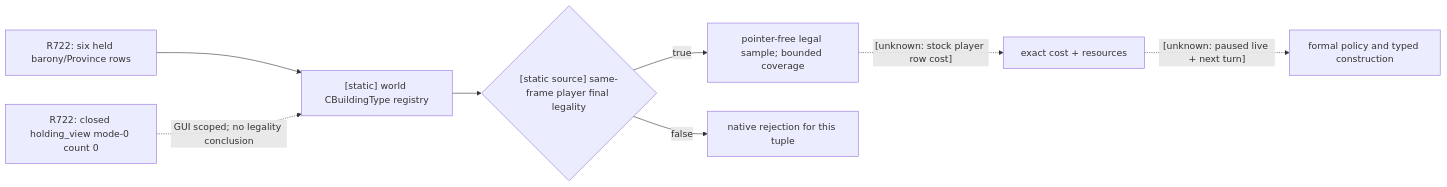
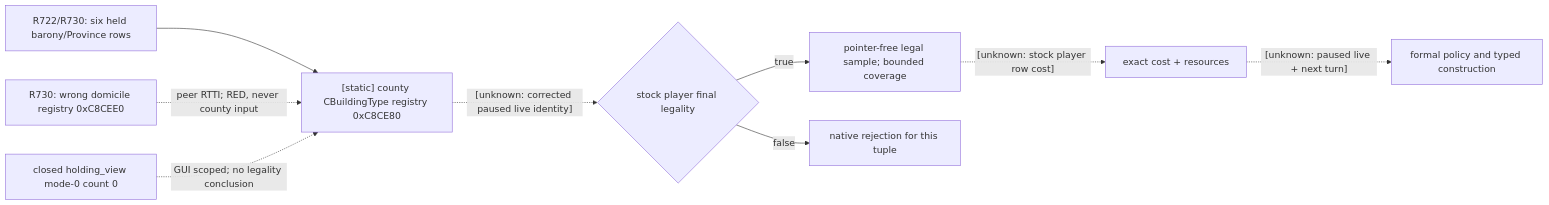
The first of 2 diagrams in docs/ck3-native-ai/domain-construction-ai.md (XenoAmess/ck3_eternal_recurrence), drawn with Mermaid before and after one commit. The commit also changed other lines of this file and 7 other files, not shown here.

Commit message:
G2-M4-R730-VTABLE-B0 use stock county building definition registry

````diff
--- a/docs/ck3-native-ai/domain-construction-ai.md
+++ b/docs/ck3-native-ai/domain-construction-ai.md
@@ -174,10 +186,11 @@
 ```mermaid
 flowchart LR
-    H["R722: six held barony/Province rows"] --> W["[static] world CBuildingType registry"]
-    Z["R722: closed holding_view mode-0 count 0"] -. "GUI scoped; no legality conclusion" .-> W
-    W --> L{"[static source] same-frame player final legality"}
+    H["R722/R730: six held barony/Province rows"] --> W["[static] county CBuildingType registry 0xC8CE80"]
+    D["R730: wrong domicile registry 0xC8CEE0"] -. "peer RTTI; RED, never county input" .-> W
+    Z["closed holding_view mode-0 count 0"] -. "GUI scoped; no legality conclusion" .-> W
+    W -. "[unknown: corrected paused live identity]" .-> L{"stock player final legality"}
     L -->|true| P["pointer-free legal sample; bounded coverage"]
     L -->|false| N["native rejection for this tuple"]
     P -. "[unknown: stock player row cost]" .-> C["exact cost + resources"]
     C -. "[unknown: paused live + next turn]" .-> A["formal policy and typed construction"]
 ```
````
